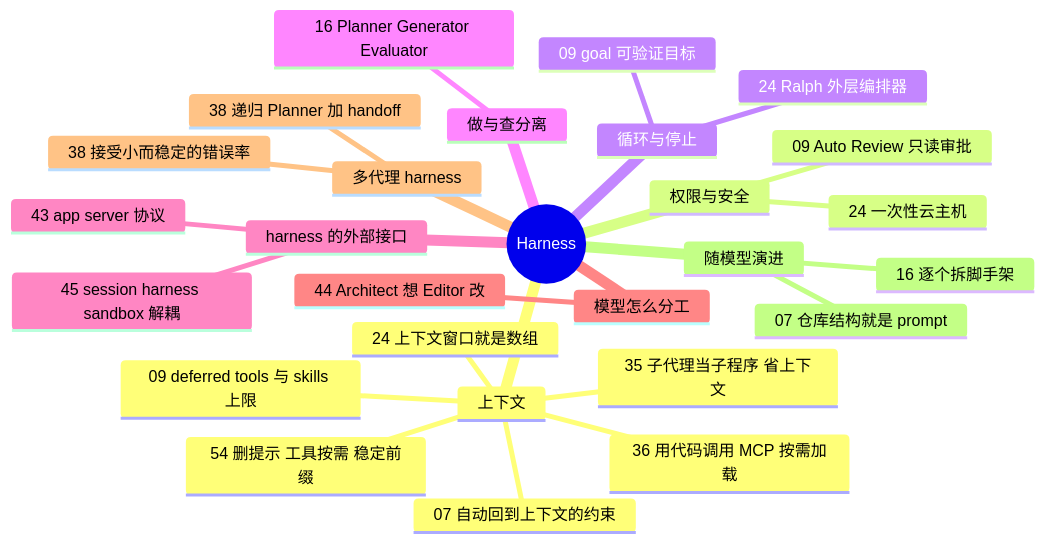
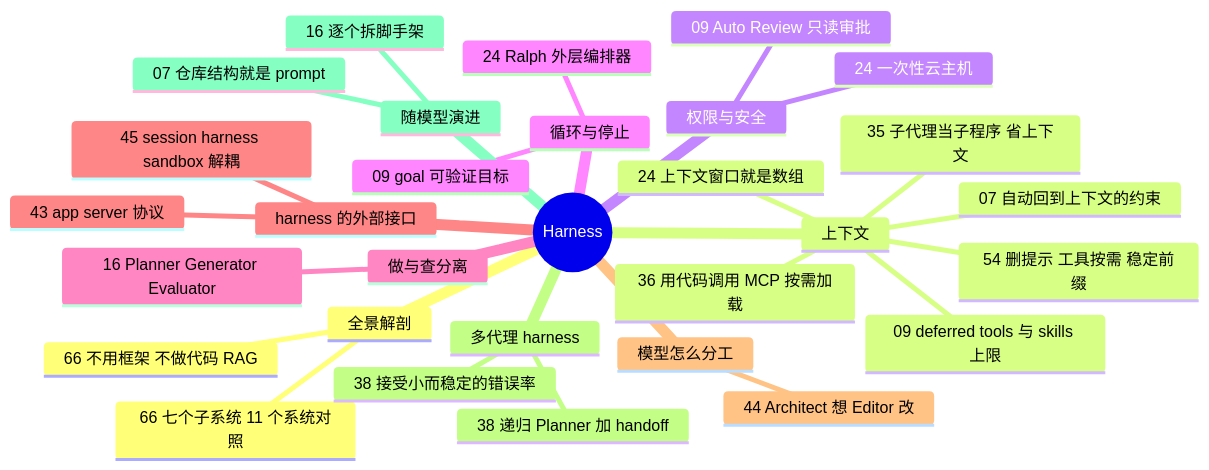
Before and after one commit to yzw7489757/ai-coding-videos: the diagram in docs/guide/harness.md, drawn with Mermaid. The commit also changed other lines of this file and 17 other files, not shown here.

````diff
--- a/docs/guide/harness.md
+++ b/docs/guide/harness.md
@@ -13,30 +13,33 @@
 ```mermaid
 mindmap
   root((Harness))
+    全景解剖
+      66 七个子系统 11 个系统对照
+      66 不用框架 不做代码 RAG
     上下文
       09 deferred tools 与 skills 上限
       24 上下文窗口就是数组
       07 自动回到上下文的约束
       35 子代理当子程序 省上下文
       36 用代码调用 MCP 按需加载
       54 删提示 工具按需 稳定前缀
     权限与安全
       09 Auto Review 只读审批
       24 一次性云主机
     循环与停止
       09 goal 可验证目标
       24 Ralph 外层编排器
     做与查分离
       16 Planner Generator Evaluator
     harness 的外部接口
       43 app server 协议
       45 session harness sandbox 解耦
     模型怎么分工
       44 Architect 想 Editor 改
     多代理 harness
       38 递归 Planner 加 handoff
       38 接受小而稳定的错误率
     随模型演进
       16 逐个拆脚手架
       07 仓库结构就是 prompt
 ```
````
